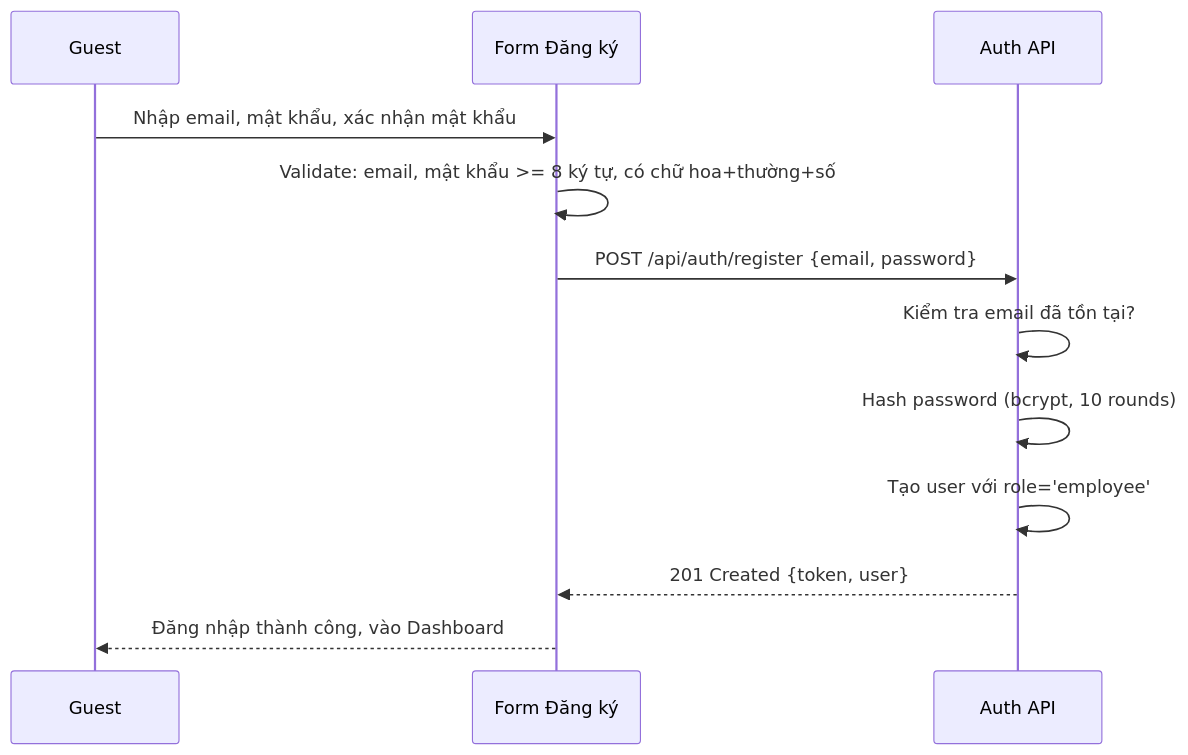
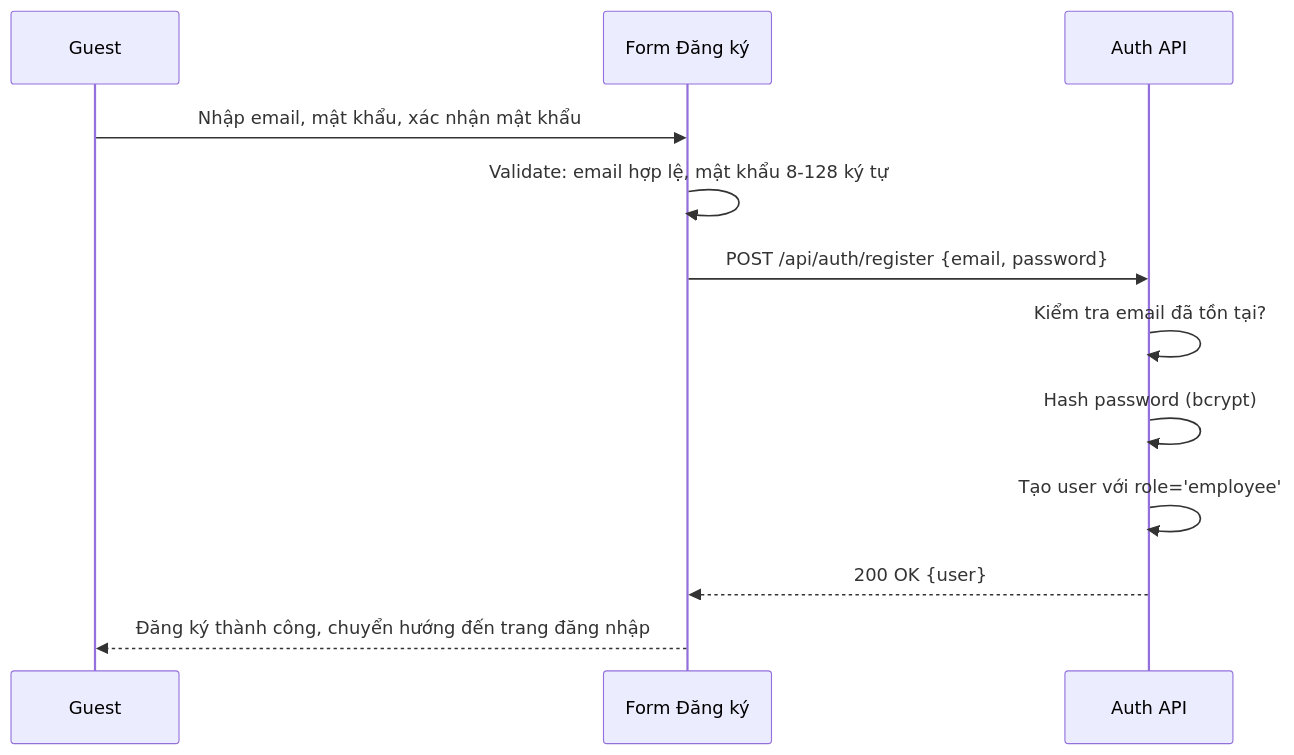
One commit to nghiaxh/hr-management changed the fourth of 10 diagrams in docs/UC.md. Above: the diagram before and after it, drawn with Mermaid. The commit also changed other lines of this file and 8 other files, not shown here.

````diff
--- a/docs/UC.md
+++ b/docs/UC.md
@@ -254,15 +255,15 @@
 ```mermaid
 sequenceDiagram
     participant U as Guest
     participant UI as Form Đăng ký
     participant API as Auth API
 
     U->>UI: Nhập email, mật khẩu, xác nhận mật khẩu
-    UI->>UI: Validate: email, mật khẩu >= 8 ký tự, có chữ hoa+thường+số
+    UI->>UI: Validate: email hợp lệ, mật khẩu 8-128 ký tự
     UI->>API: POST /api/auth/register {email, password}
     API->>API: Kiểm tra email đã tồn tại?
-    API->>API: Hash password (bcrypt, 10 rounds)
+    API->>API: Hash password (bcrypt)
     API->>API: Tạo user với role='employee'
-    API-->>UI: 201 Created {token, user}
-    UI-->>U: Đăng nhập thành công, vào Dashboard
+    API-->>UI: 200 OK {user}
+    UI-->>U: Đăng ký thành công, chuyển hướng đến trang đăng nhập
 ```
````
